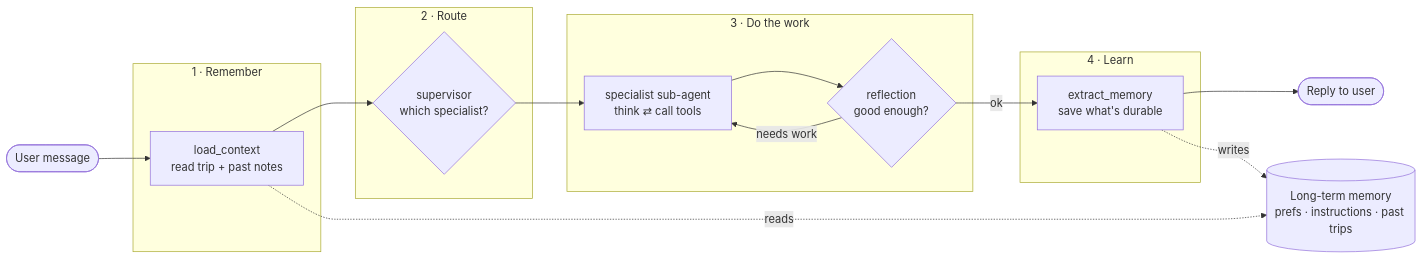
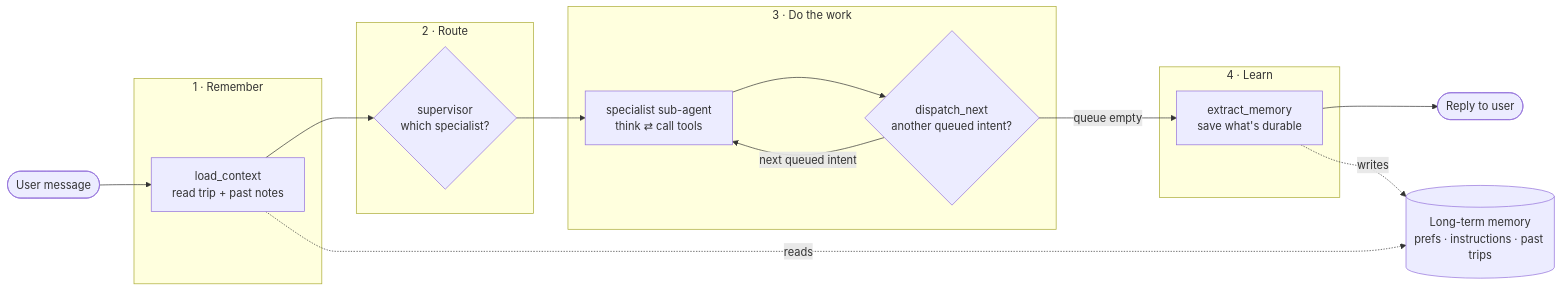
Before and after one commit to minhtran3124/travel-pi: the first of 5 diagrams in WORKFLOW_DIAGRAM.md, drawn with Mermaid. The commit also changed other lines of this file and 3 other files, not shown here.

````diff
--- a/WORKFLOW_DIAGRAM.md
+++ b/WORKFLOW_DIAGRAM.md
@@ -15,29 +20,29 @@
 ```mermaid
 flowchart LR
     User([User message]) --> Load
 
     subgraph Read["1 · Remember"]
         Load["load_context<br/>read trip + past notes"]
     end
 
     subgraph Route["2 · Route"]
         Sup{"supervisor<br/>which specialist?"}
     end
 
     subgraph Work["3 · Do the work"]
         Agent["specialist sub-agent<br/>think ⇄ call tools"]
-        Refl{"reflection<br/>good enough?"}
+        Disp{"dispatch_next<br/>another queued intent?"}
     end
 
     subgraph Write["4 · Learn"]
         Ext["extract_memory<br/>save what's durable"]
     end
 
-    Load --> Sup --> Agent --> Refl
-    Refl -->|"needs work"| Agent
-    Refl -->|"ok"| Ext
+    Load --> Sup --> Agent --> Disp
+    Disp -->|"next queued intent"| Agent
+    Disp -->|"queue empty"| Ext
     Ext --> Reply([Reply to user])
 
     Load -. reads .-> Store[("Long-term memory<br/>prefs · instructions · past trips")]
     Ext  -. writes .-> Store
 ```
````
